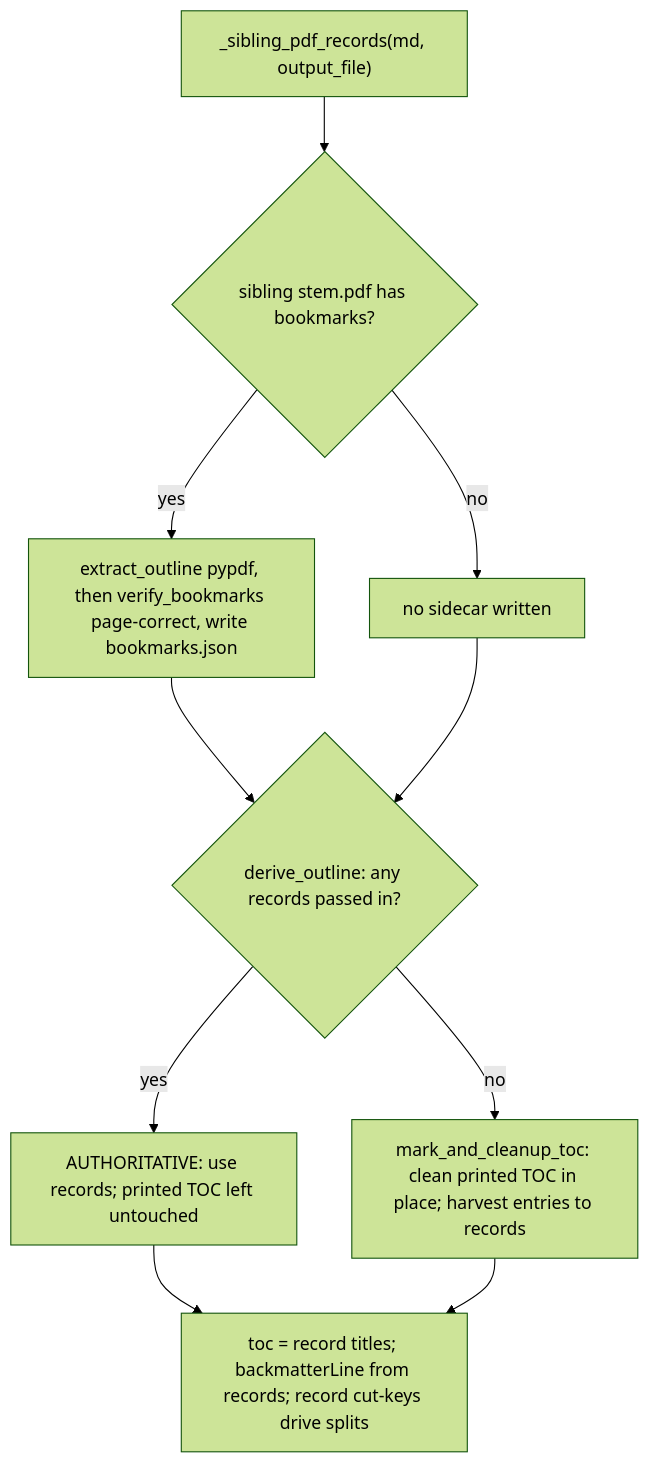
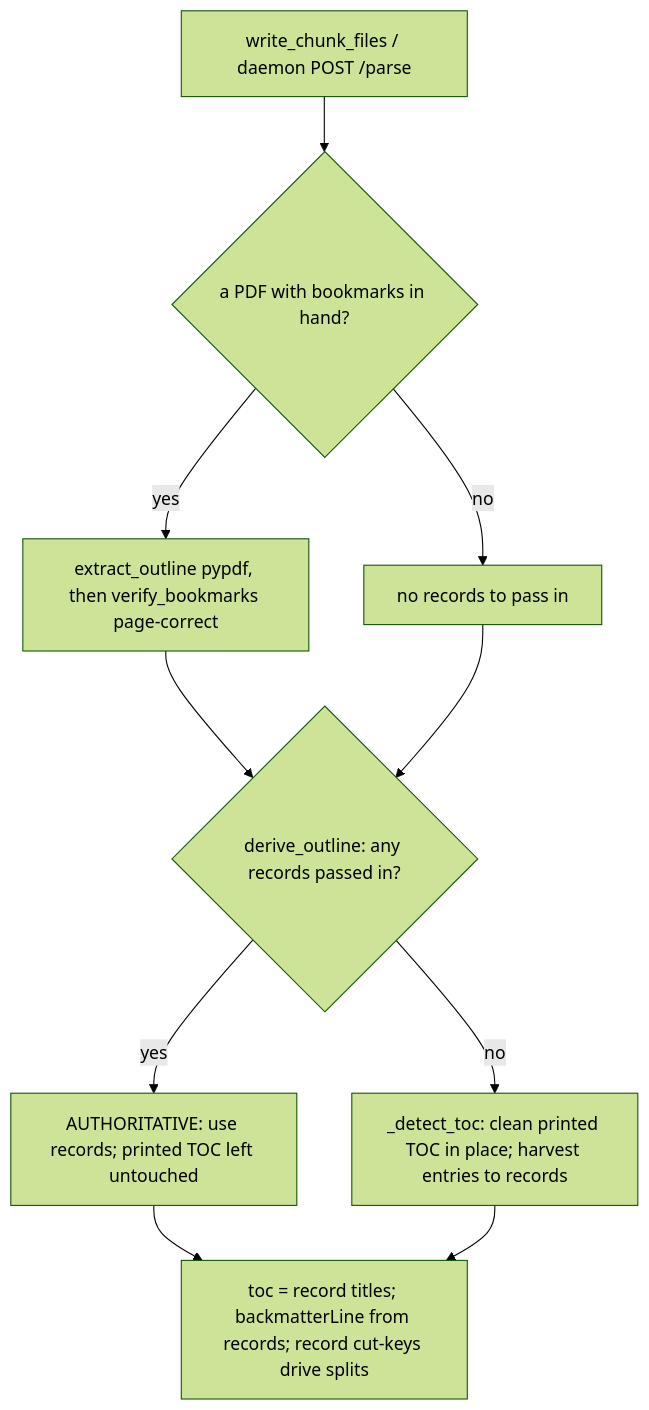
Before and after one commit to data-team-uhn/cards: the third of 3 diagrams in Utilities/Parsing/prompts/PARSING_PIPELINE.md, drawn with Mermaid (forest theme). The commit also changed other lines of this file and 9 other files, not shown here.

First line of the commit message:
[parsing] Write the resolved outline records to Chunks/bookmarks.json

````diff
--- a/Utilities/Parsing/prompts/PARSING_PIPELINE.md
+++ b/Utilities/Parsing/prompts/PARSING_PIPELINE.md
@@ -245,12 +250,12 @@
 ```mermaid
 flowchart TD
-    A["_sibling_pdf_records(md, output_file)"] --> B{"sibling stem.pdf has bookmarks?"}
-    B -->|yes| C["extract_outline pypdf, then verify_bookmarks page-correct, write bookmarks.json"]
-    B -->|no| D["no sidecar written"]
+    A["write_chunk_files / daemon POST /parse"] --> B{"a PDF with bookmarks in hand?"}
+    B -->|yes| C["extract_outline pypdf, then verify_bookmarks page-correct"]
+    B -->|no| D["no records to pass in"]
     C --> E{"derive_outline: any records passed in?"}
     D --> E
     E -->|yes| F["AUTHORITATIVE: use records; printed TOC left untouched"]
-    E -->|no| G["mark_and_cleanup_toc: clean printed TOC in place; harvest entries to records"]
+    E -->|no| G["_detect_toc: clean printed TOC in place; harvest entries to records"]
     F --> H["toc = record titles; backmatterLine from records; record cut-keys drive splits"]
     G --> H
 ```
````
